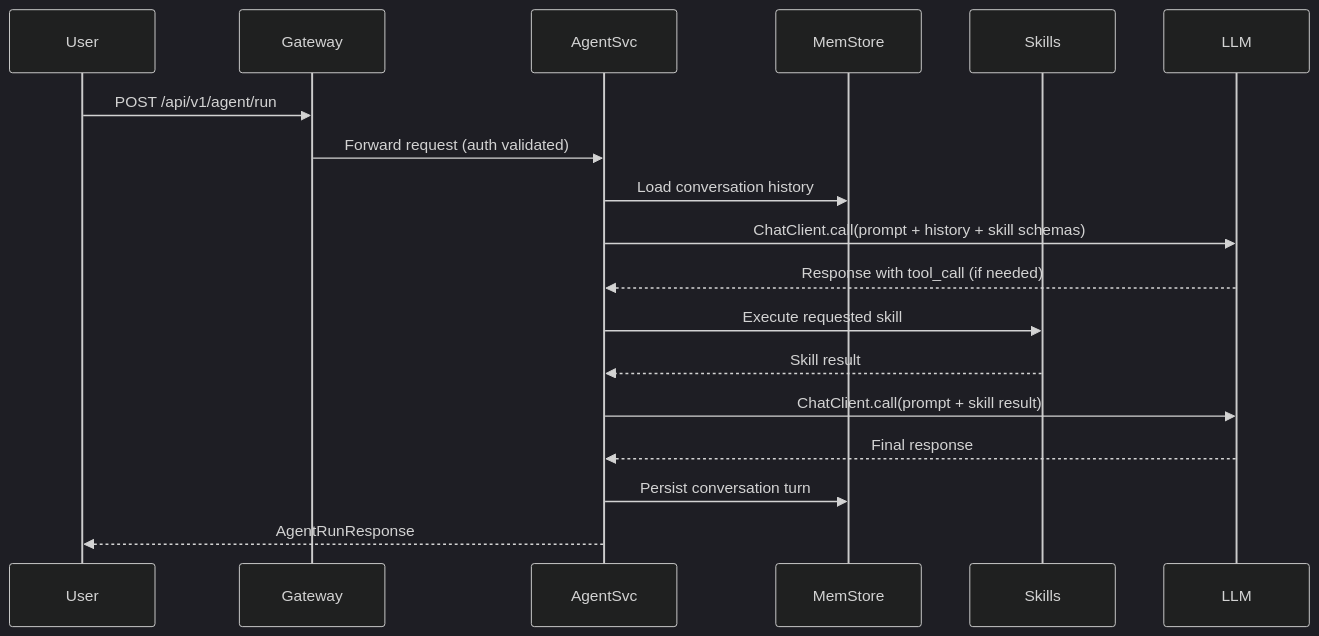
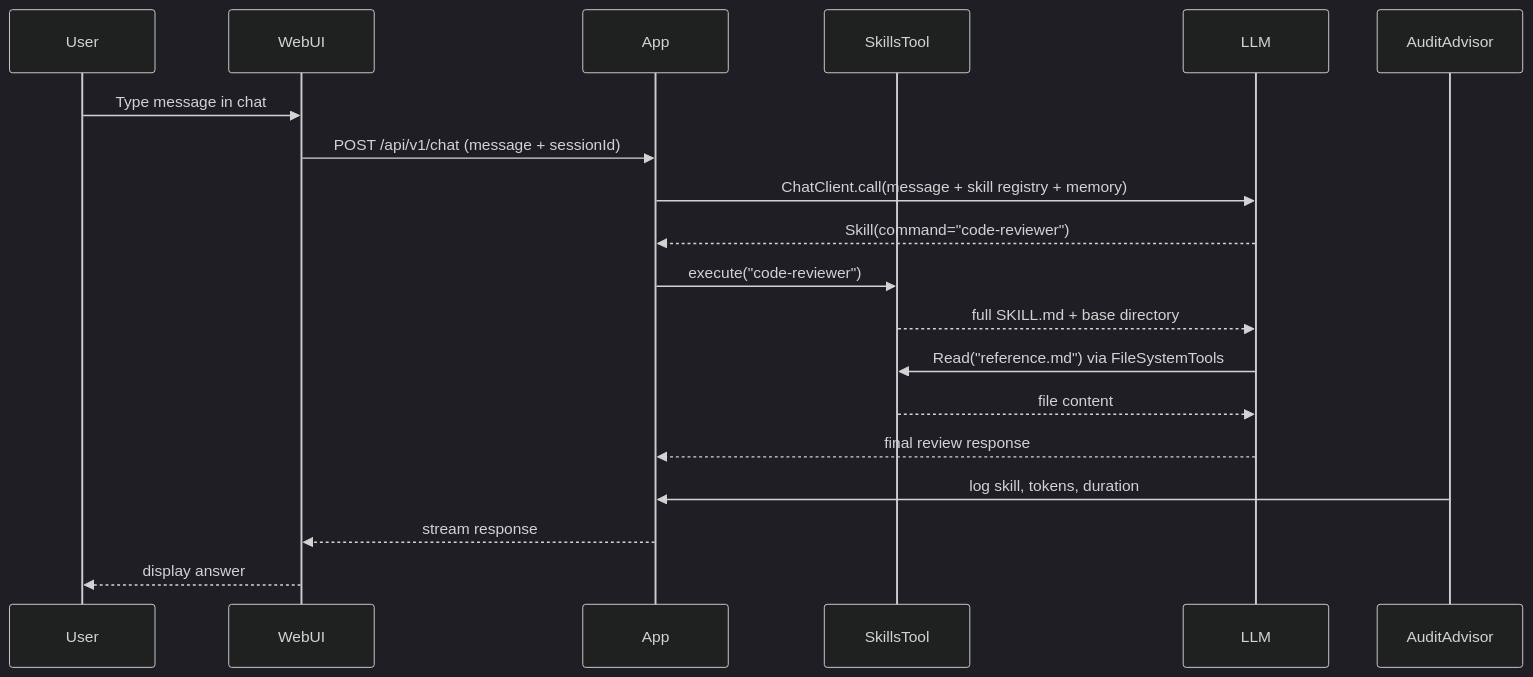
One commit to enterpriseclaw/enterpriseclaw changed the fifth of 8 diagrams in docs/trd-enterpriseclaw.md. Above: the diagram before and after it, drawn with Mermaid (dark theme). The commit also changed other lines of this file, not shown here.

Commit message:
docs: Revise TRD - SkillsTool/SKILL.md skills, AskUserQuestionTool, JBang/JLink/Docker Compose, no Grafana

````diff
--- a/docs/trd-enterpriseclaw.md
+++ b/docs/trd-enterpriseclaw.md
@@ -502,21 +782,22 @@
 ```mermaid
 sequenceDiagram
     participant User
-    participant Gateway
-    participant AgentSvc
-    participant MemStore
-    participant Skills
+    participant WebUI
+    participant App
+    participant SkillsTool
     participant LLM
+    participant AuditAdvisor
 
-    User->>Gateway: POST /api/v1/agent/run
-    Gateway->>AgentSvc: Forward request (auth validated)
-    AgentSvc->>MemStore: Load conversation history
-    AgentSvc->>LLM: ChatClient.call(prompt + history + skill schemas)
-    LLM-->>AgentSvc: Response with tool_call (if needed)
-    AgentSvc->>Skills: Execute requested skill
-    Skills-->>AgentSvc: Skill result
-    AgentSvc->>LLM: ChatClient.call(prompt + skill result)
-    LLM-->>AgentSvc: Final response
-    AgentSvc->>MemStore: Persist conversation turn
-    AgentSvc-->>User: AgentRunResponse
+    User->>WebUI: Type message in chat
+    WebUI->>App: POST /api/v1/chat (message + sessionId)
+    App->>LLM: ChatClient.call(message + skill registry + memory)
+    LLM-->>App: Skill(command="code-reviewer")
+    App->>SkillsTool: execute("code-reviewer")
+    SkillsTool-->>LLM: full SKILL.md + base directory
+    LLM->>SkillsTool: Read("reference.md") via FileSystemTools
+    SkillsTool-->>LLM: file content
+    LLM-->>App: final review response
+    AuditAdvisor->>App: log skill, tokens, duration
+    App-->>WebUI: stream response
+    WebUI-->>User: display answer
 ```
````
